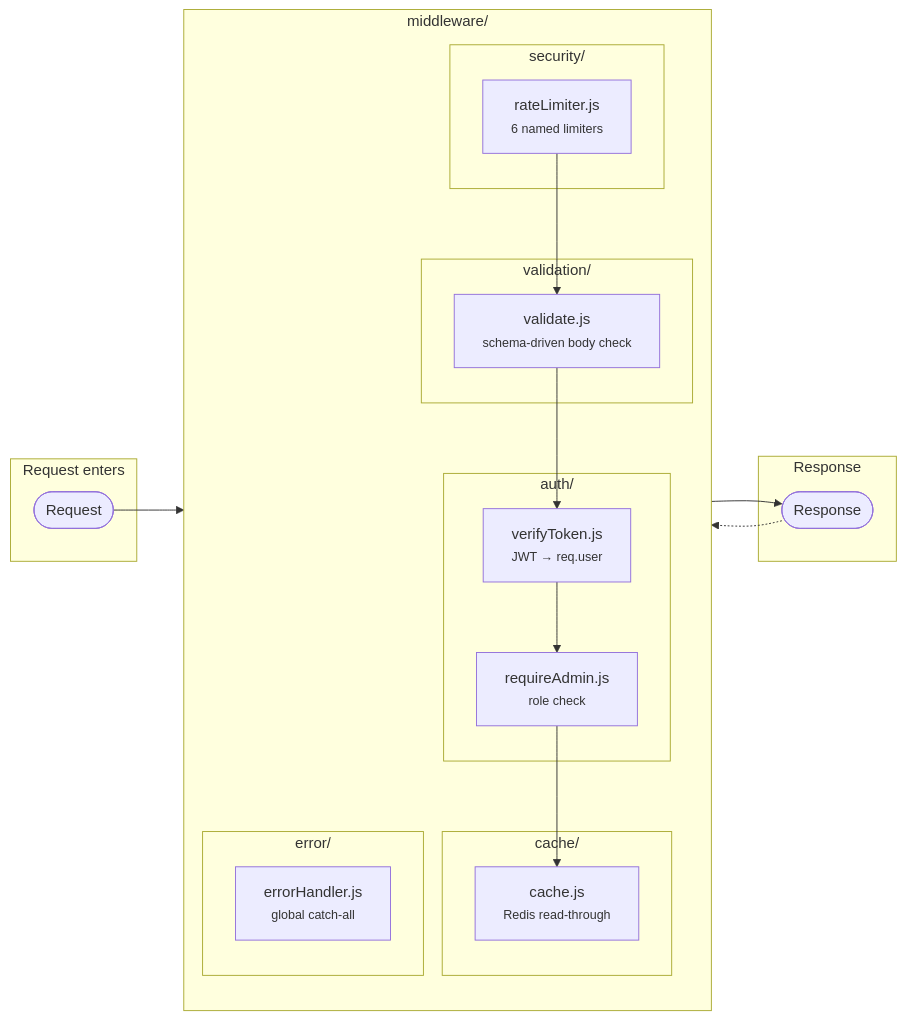
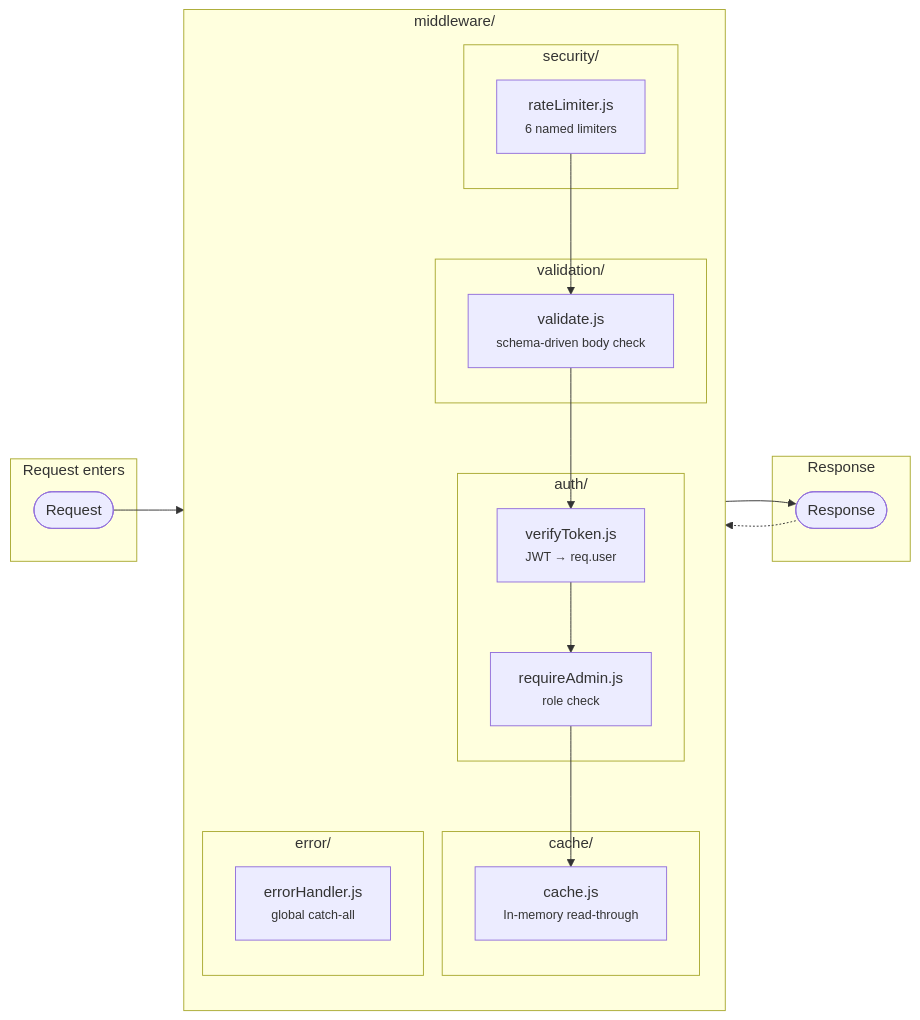
One commit to Akhilan11/oops-backend changed the diagram in src/middleware/README.md. Above: the diagram before and after it, drawn with Mermaid. The commit also changed other lines of this file and 12 other files, not shown here.

````diff
--- a/src/middleware/README.md
+++ b/src/middleware/README.md
@@ -7,33 +7,33 @@
 ```mermaid
 graph LR
     subgraph "Request enters"
         REQ([Request])
     end
 
     subgraph "middleware/"
         direction TB
         subgraph "security/"
             RL[rateLimiter.js<br/><small>6 named limiters</small>]
         end
         subgraph "validation/"
             VA[validate.js<br/><small>schema-driven body check</small>]
         end
         subgraph "auth/"
             VT[verifyToken.js<br/><small>JWT → req.user</small>]
             RA[requireAdmin.js<br/><small>role check</small>]
         end
         subgraph "cache/"
-            CA[cache.js<br/><small>Redis read-through</small>]
+            CA[cache.js<br/><small>In-memory read-through</small>]
         end
         subgraph "error/"
             EH[errorHandler.js<br/><small>global catch-all</small>]
         end
     end
 
     subgraph "Response"
         RES([Response])
     end
 
     REQ --> RL --> VA --> VT --> RA --> CA --> RES
     RES -.-> EH
 ```
````
